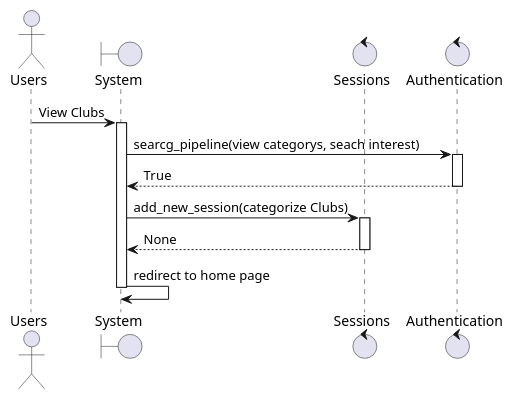
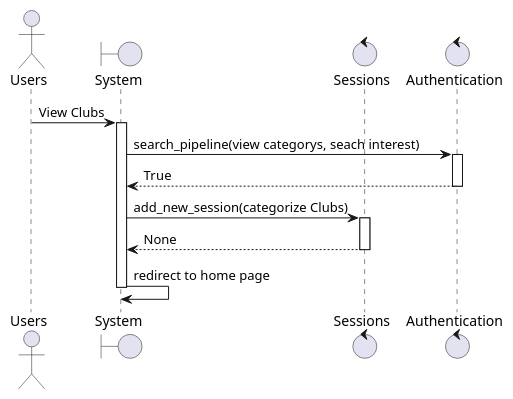
One commit to jwyrick6/3155GroupProject changed the diagram in diagrams/sequences/ViewClubs.puml. Above: the diagram before and after it, drawn with PlantUML. The commit also changed other lines of this file and 14 other files, not shown here.

```diff
--- a/diagrams/sequences/ViewClubs.puml
+++ b/diagrams/sequences/ViewClubs.puml
@@ -2,18 +1,18 @@
 @startuml login
 actor Users
 boundary "System" as system
 control "Sessions" as sessions
 control "Authentication" as auth
 Users -> system: View Clubs
 activate system
-system -> auth: searcg_pipeline(view categorys, seach interest)
+system -> auth: search_pipeline(view categorys, seach interest)
 activate auth
 auth --> system: True
 deactivate auth
 system -> sessions: add_new_session(categorize Clubs)
 activate sessions
 sessions --> system: None
 deactivate sessions
 system -> system: redirect to home page
 deactivate system
 @enduml
```
